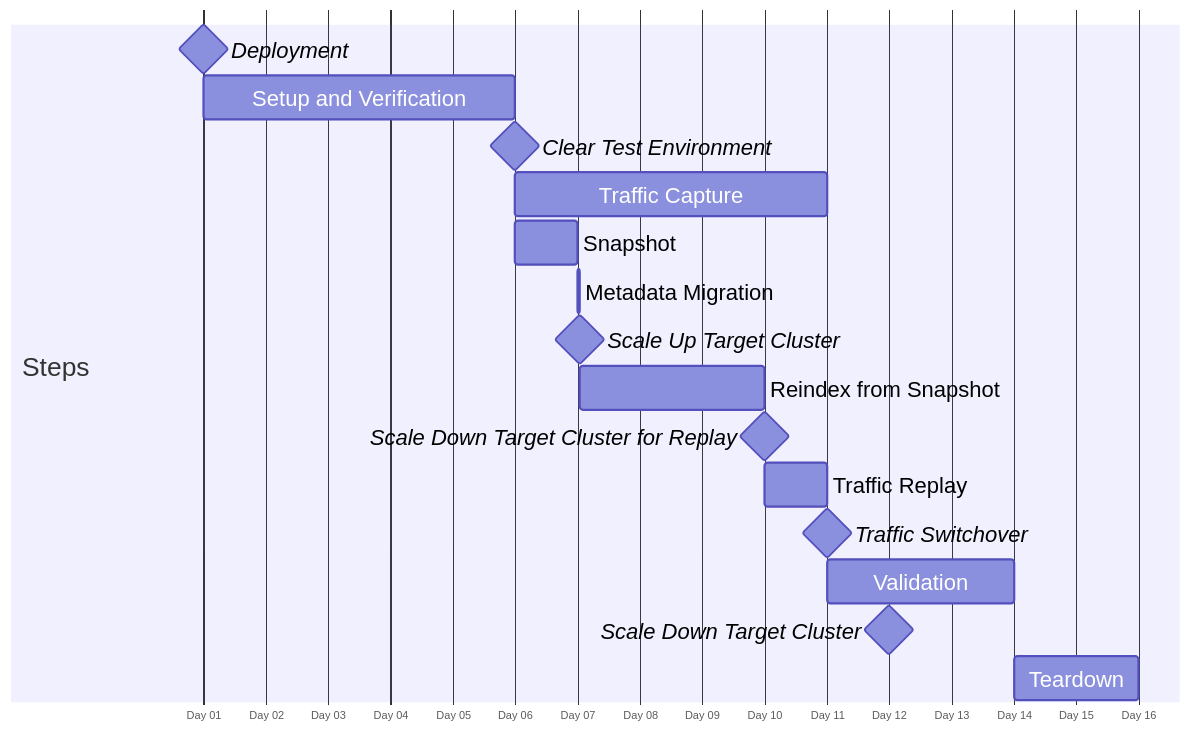
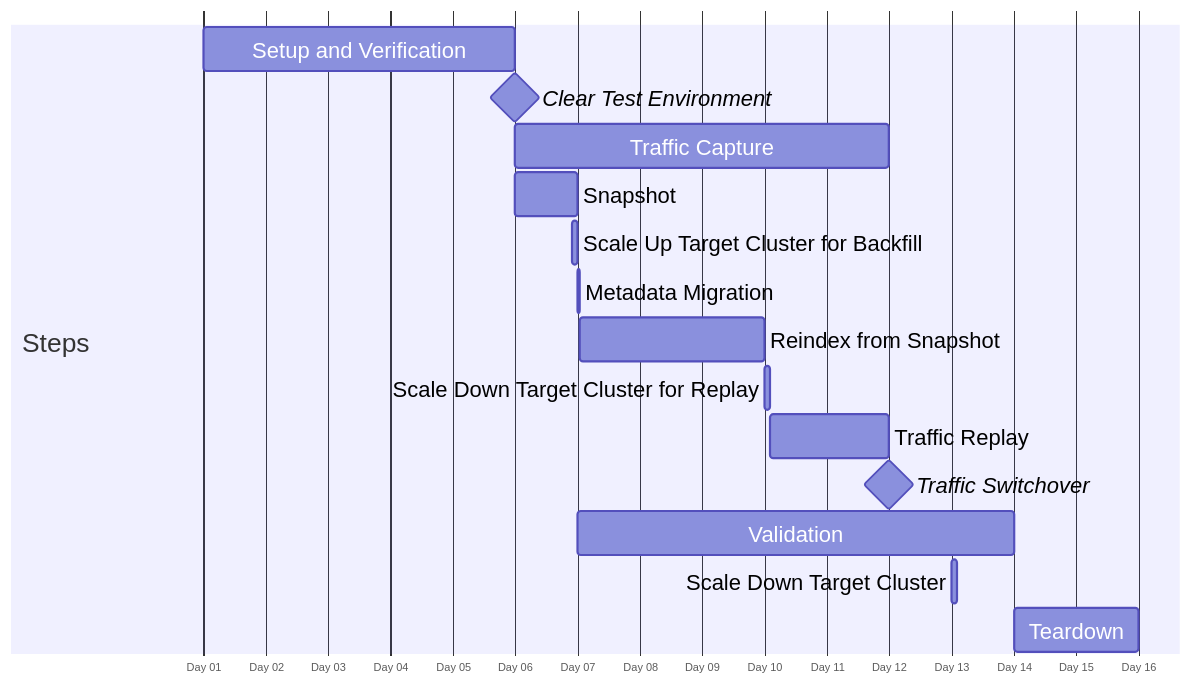
The first of 2 diagrams in docs/MigrationTimeline.md (opensearch-project/opensearch-migrations), drawn with Mermaid before and after one commit. The commit also changed other lines of this file, not shown here.

Commit message:
Update Migration Timeline based on feedback

````diff
--- a/docs/MigrationTimeline.md
+++ b/docs/MigrationTimeline.md
@@ -13,33 +15,32 @@
 ```mermaid
 %%{
   init: {
     "gantt": {
         "fontSize": 20,
         "barHeight": 40,
         "sectionFontSize": 24,
         "leftPadding": 175
     }
   }
 }%%
 gantt
     dateFormat D HH
     axisFormat Day %d
     todayMarker off
     tickInterval 1day
 
     section Steps
-    Deployment : milestone, deployment, 1 00, 0d
-    Setup and Verification : setup, after deployment, 5d
-    Clear Test Environment : milestone, clear, after setup, 0d
-    Traffic Capture : traffic_capture, after clear, 5d
+    Setup and Verification : prep, 1 00, 5d
+    Clear Test Environment : milestone, clear, after prep, 0d
+    Traffic Capture : traffic_capture, after clear, 6d
     Snapshot : snapshot, after clear, 1d
+    Scale Up Target Cluster for Backfill : backfill_scale, 6 22, 2h
     Metadata Migration : metadata, after snapshot, 1h
-    Scale Up Target Cluster : milestone, after metadata, 0d
     Reindex from Snapshot : rfs, after metadata, 71h
-    Scale Down Target Cluster for Replay : milestone, after rfs, 0d
-    Traffic Replay: replay, after rfs, 1d
+    Scale Down Target Cluster for Replay : replay_scale, after rfs, 2h
+    Traffic Replay: replay, after replay_scale, 46h
     Traffic Switchover : milestone, switchover, after replay, 0d
-    Validation : validation, after switchover, 3d
-    Scale Down Target Cluster : milestone, 12 00, 0d
-    Teardown   : teardown, after validation, 2d
+    Validation : validation, after snapshot, 7d
+    Scale Down Target Cluster : 13 00, 2h
+    Teardown   : teardown, 14 00, 2d
 ```
````
